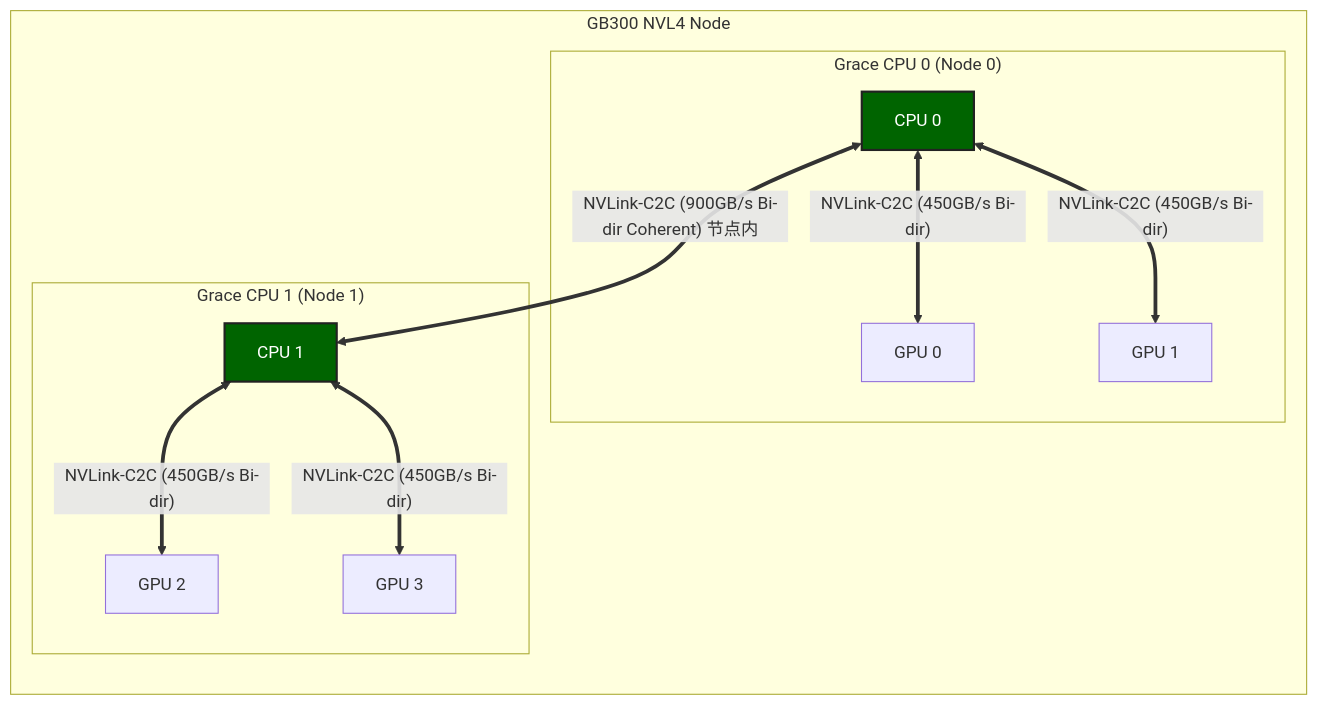
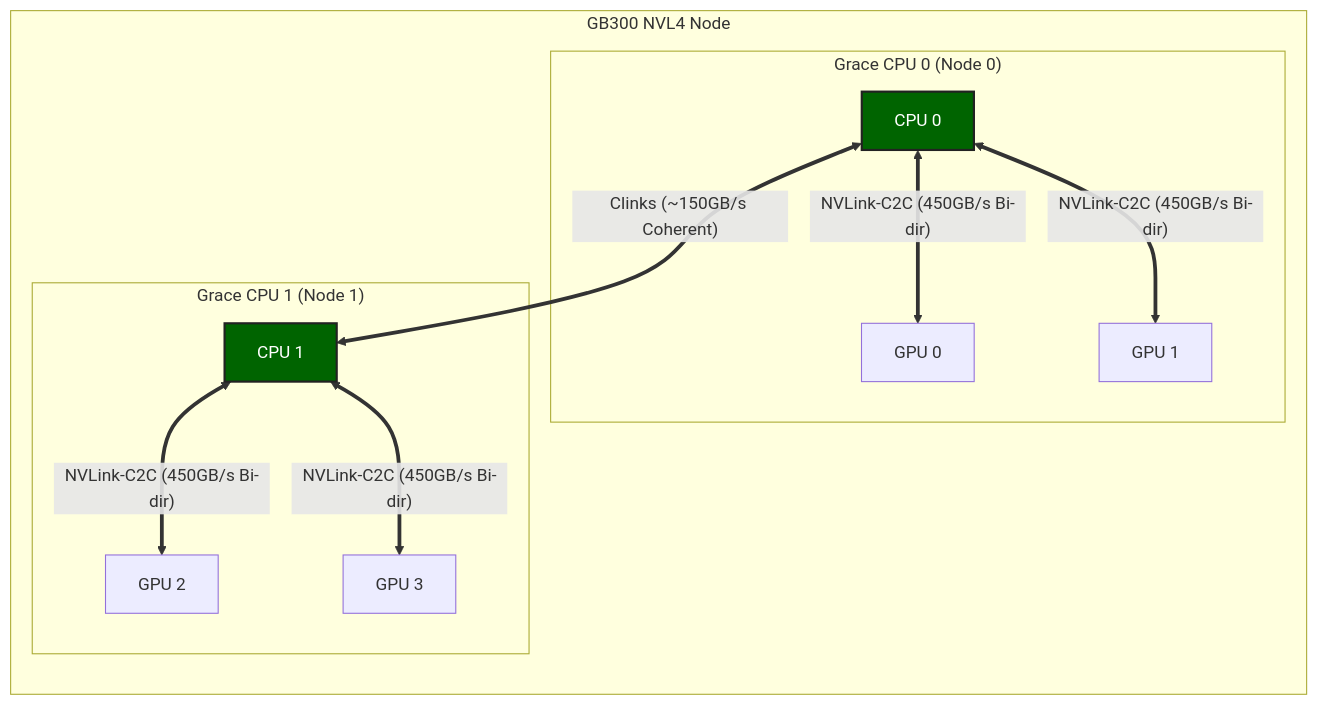
Before and after one commit to ForceInjection/AI-fundamentals: the diagram in 01_hardware_architecture/superchips/nvidia_gb300.md, drawn with Mermaid. The commit also changed other lines of this file and 1 other file, not shown here.

First line of the commit message:
fix(gb300): correct CPU-CPU interconnect from NVLink-C2C to Clinks

````diff
--- a/01_hardware_architecture/superchips/nvidia_gb300.md
+++ b/01_hardware_architecture/superchips/nvidia_gb300.md
@@ -55,29 +59,29 @@
 ```mermaid
 graph LR
     subgraph "GB300 NVL4 Node"
         subgraph "Grace CPU 0 (Node 0)"
             CPU0[CPU 0]
             GPU0[GPU 0]
             GPU1[GPU 1]
         end
 
         subgraph "Grace CPU 1 (Node 1)"
             CPU1[CPU 1]
             GPU2[GPU 2]
             GPU3[GPU 3]
         end
     end
 
     %% CPU-GPU Links (NVLink-C2C)
     CPU0 <== "NVLink-C2C (450GB/s Bi-dir)" ==> GPU0
     CPU0 <== "NVLink-C2C (450GB/s Bi-dir)" ==> GPU1
     CPU1 <== "NVLink-C2C (450GB/s Bi-dir)" ==> GPU2
     CPU1 <== "NVLink-C2C (450GB/s Bi-dir)" ==> GPU3
 
-    %% CPU-CPU Link (NVLink-C2C, 节点内)
-    CPU0 <== "NVLink-C2C (900GB/s Bi-dir Coherent) 节点内" ==> CPU1
+    %% CPU-CPU Link (Clinks)
+    CPU0 <== "Clinks (~150GB/s Coherent)" ==> CPU1
 
     %% Styling
     classDef green fill:#006400,stroke:#222,stroke-width:2px,color:#ffffff;
     class CPU0,CPU1 green;
 ```
````
